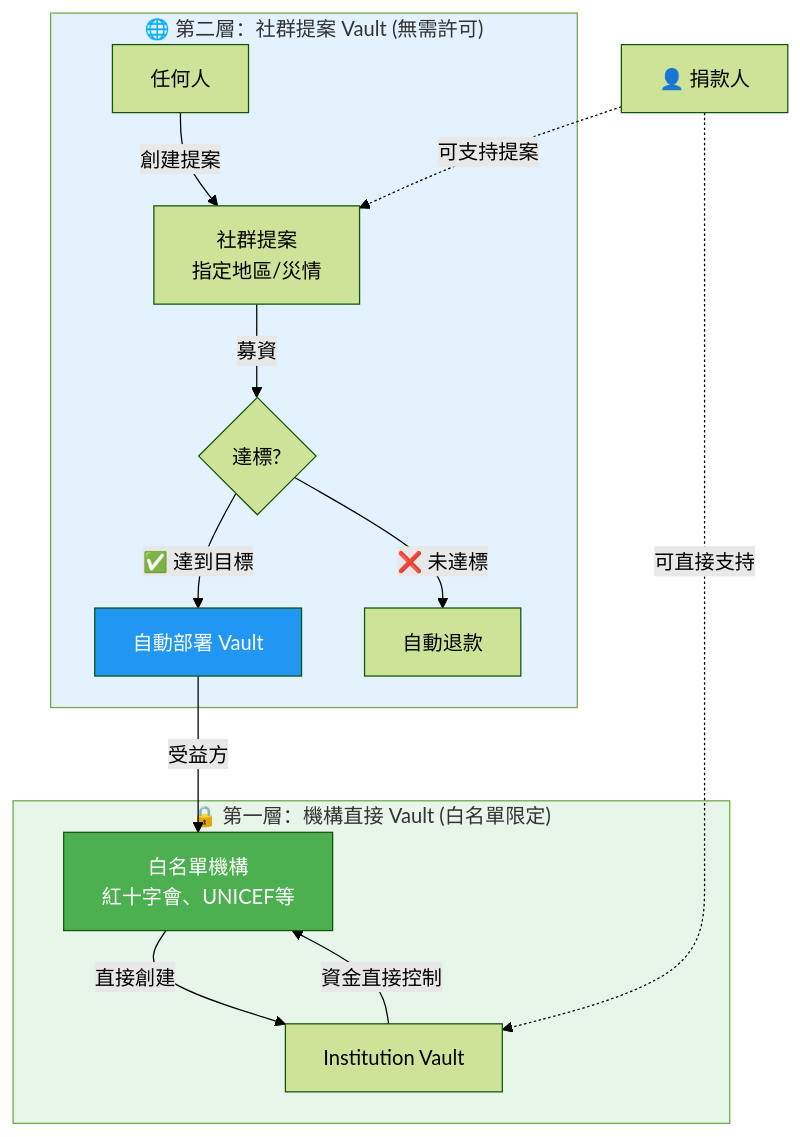
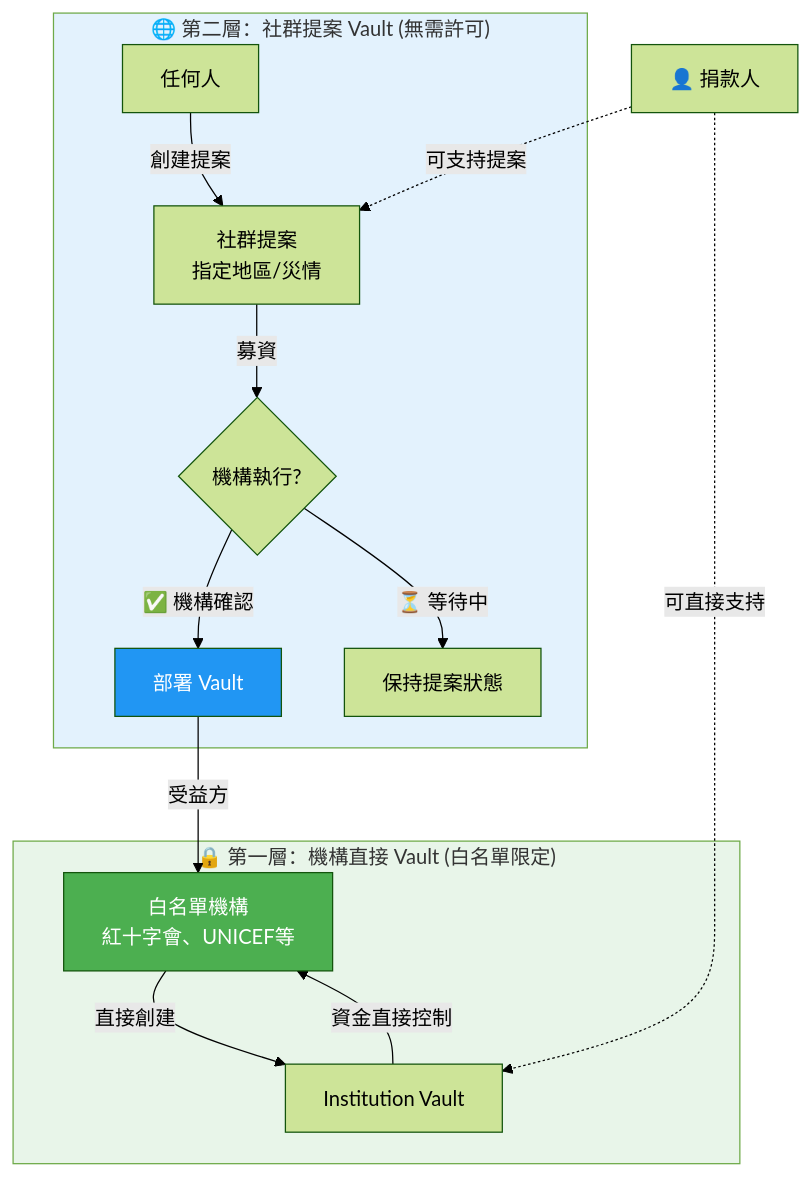
One commit to Gaia-Link/GaiaLink changed the first of 4 diagrams in README.md. Above: the diagram before and after it, drawn with Mermaid (forest theme). The commit also changed other lines of this file, not shown here.

Commit message:
docs: refine architecture logic in README (institution-led execution)

````diff
--- a/README.md
+++ b/README.md
@@ -67,31 +67,31 @@
 ```mermaid
 graph TB
     subgraph Layer1["🔒 第一層：機構直接 Vault (白名單限定)"]
         Institution[白名單機構<br/>紅十字會、UNICEF等]
         InstVault[Institution Vault]
         Institution -->|直接創建| InstVault
         InstVault -->|資金直接控制| Institution
     end
     
     subgraph Layer2["🌐 第二層：社群提案 Vault (無需許可)"]
         Anyone[任何人]
         Proposal[社群提案<br/>指定地區/災情]
-        Threshold{達標?}
-        Deploy[自動部署 Vault]
-        Refund[自動退款]
+        Execution{機構執行?}
+        Deploy[部署 Vault]
+        Inactive[保持提案狀態]
         
         Anyone -->|創建提案| Proposal
-        Proposal -->|募資| Threshold
-        Threshold -->|✅ 達到目標| Deploy
-        Threshold -->|❌ 未達標| Refund
+        Proposal -->|募資| Execution
+        Execution -->|✅ 機構確認| Deploy
+        Execution -->|⏳ 等待中| Inactive
         Deploy -->|受益方| Institution
     end
     
     User[👤 捐款人] -.->|可直接支持| InstVault
     User -.->|可支持提案| Proposal
     
     style Layer1 fill:#e8f5e9
     style Layer2 fill:#e3f2fd
     style Institution fill:#4caf50,color:#fff
     style Deploy fill:#2196f3,color:#fff
 ```
````
